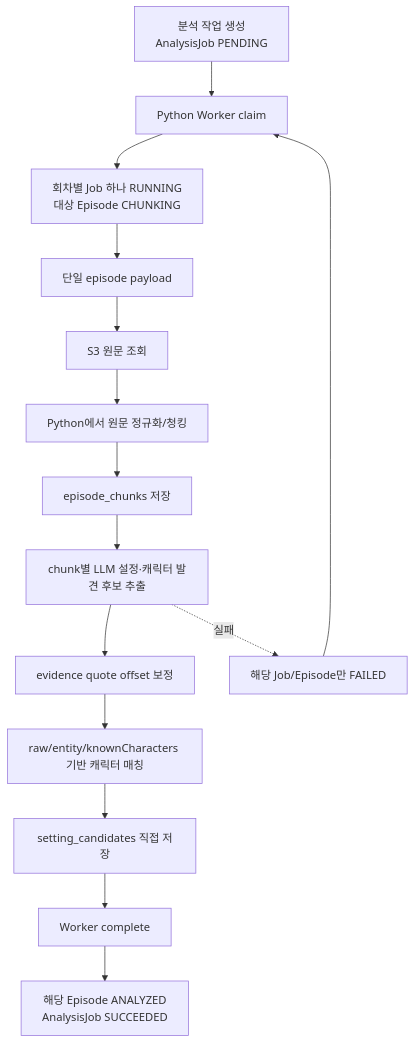
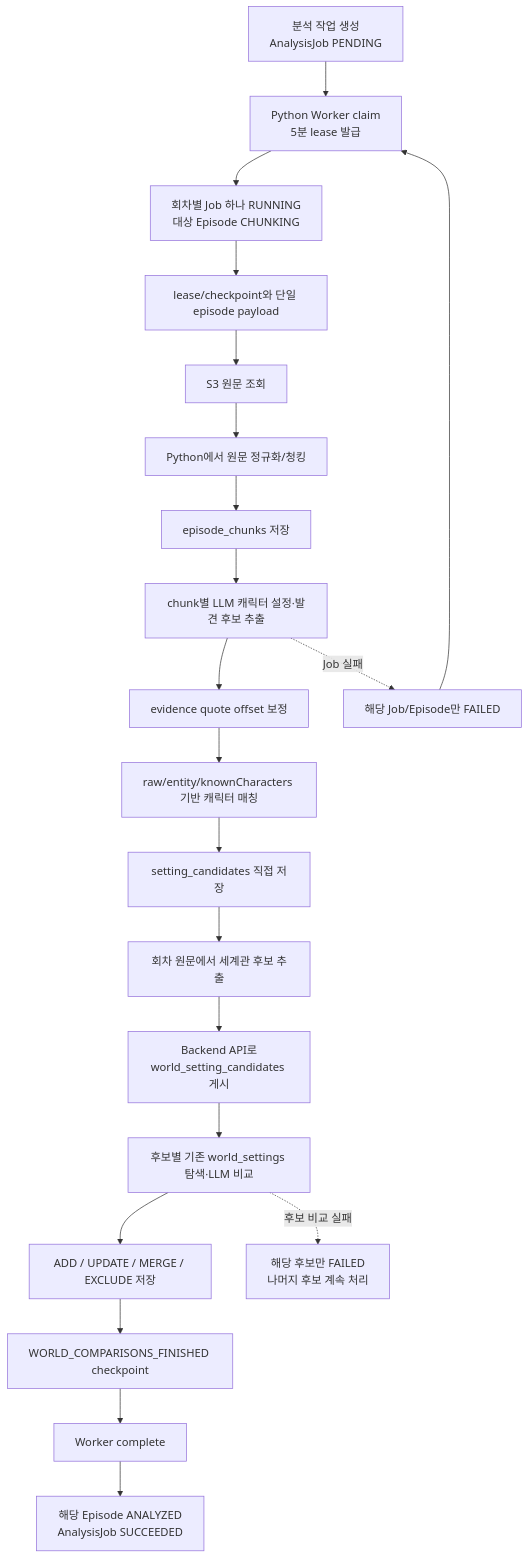
Before and after one commit to catchhole-soma/catchhole-backend-java: the second of 11 diagrams in docs/analysis-workflow.md, drawn with Mermaid. The commit also changed other lines of this file and 4 other files, not shown here.

First line of the commit message:
docs(world-setting): Worker 비교 운영 흐름 동기화

````diff
--- a/docs/analysis-workflow.md
+++ b/docs/analysis-workflow.md
@@ -32,17 +32,23 @@
 ```mermaid
 flowchart TD
-    A["분석 작업 생성<br/>AnalysisJob PENDING"] --> B["Python Worker claim"]
+    A["분석 작업 생성<br/>AnalysisJob PENDING"] --> B["Python Worker claim<br/>5분 lease 발급"]
     B --> C["회차별 Job 하나 RUNNING<br/>대상 Episode CHUNKING"]
-    C --> D["단일 episode payload"]
+    C --> D["lease/checkpoint와 단일 episode payload"]
     D --> E["S3 원문 조회"]
     E --> F["Python에서 원문 정규화/청킹"]
     F --> G["episode_chunks 저장"]
-    G --> H["chunk별 LLM 설정·캐릭터 발견 후보 추출"]
+    G --> H["chunk별 LLM 캐릭터 설정·발견 후보 추출"]
     H --> I["evidence quote offset 보정"]
     I --> J["raw/entity/knownCharacters 기반 캐릭터 매칭"]
     J --> K["setting_candidates 직접 저장"]
-    K --> L["Worker complete"]
-    L --> M["해당 Episode ANALYZED<br/>AnalysisJob SUCCEEDED"]
-    H -. "실패" .-> X["해당 Job/Episode만 FAILED"]
+    K --> L["회차 원문에서 세계관 후보 추출"]
+    L --> M["Backend API로<br/>world_setting_candidates 게시"]
+    M --> N["후보별 기존 world_settings 탐색·LLM 비교"]
+    N --> O["ADD / UPDATE / MERGE / EXCLUDE 저장"]
+    O --> P["WORLD_COMPARISONS_FINISHED checkpoint"]
+    P --> Q["Worker complete"]
+    Q --> R["해당 Episode ANALYZED<br/>AnalysisJob SUCCEEDED"]
+    N -. "후보 비교 실패" .-> Y["해당 후보만 FAILED<br/>나머지 후보 계속 처리"]
+    H -. "Job 실패" .-> X["해당 Job/Episode만 FAILED"]
     X --> B
 ```
````
